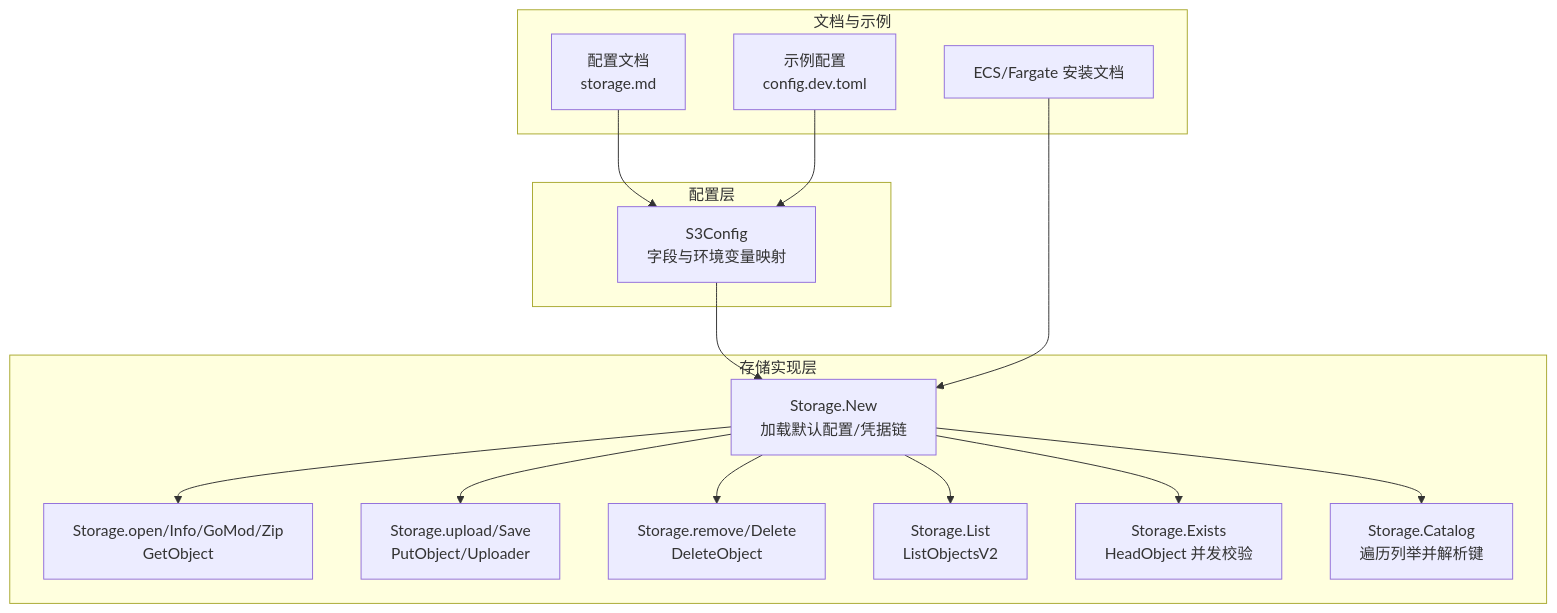
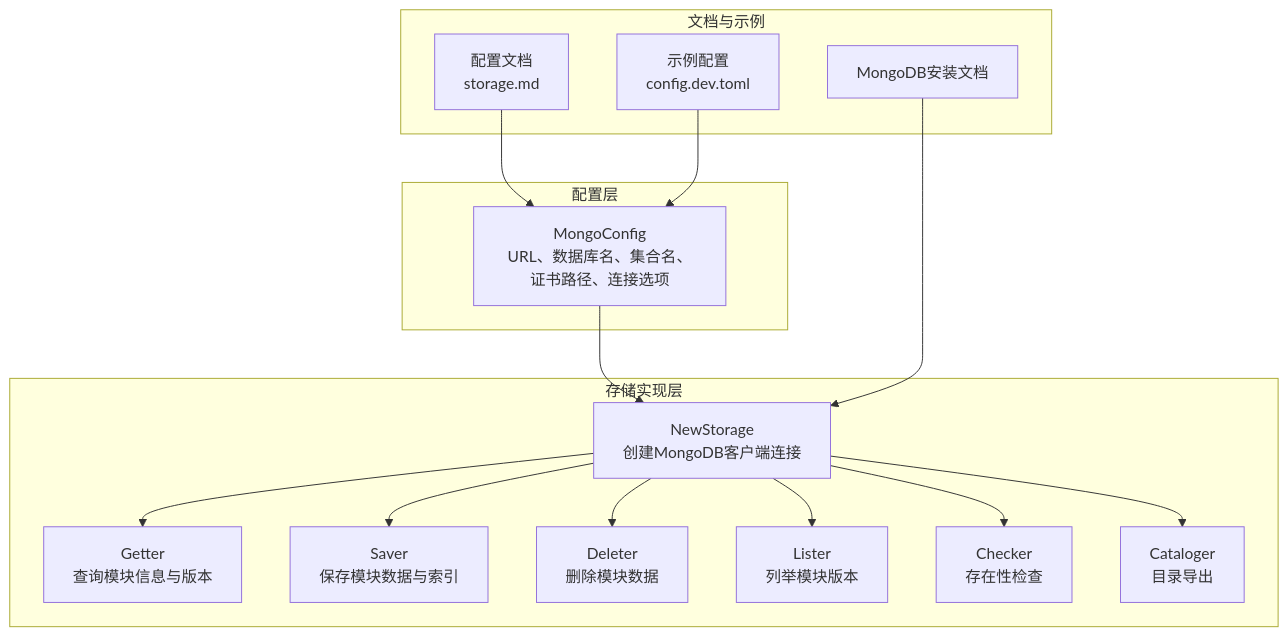
Before and after one commit to leimeng-go/athens: the first of 4 diagrams in .qoder/repowiki/zh/content/配置参考/存储后端配置/云存储配置/S3存储配置.md, drawn with Mermaid. The commit also changed other lines of this file and 14 other files, not shown here.

````diff
--- a/.qoder/repowiki/zh/content/配置参考/存储后端配置/云存储配置/S3存储配置.md
+++ b/.qoder/repowiki/zh/content/配置参考/存储后端配置/云存储配置/S3存储配置.md
@@ -40,30 +46,30 @@
 ```mermaid
 graph TB
 subgraph "配置层"
-C1["S3Config<br/>字段与环境变量映射"]
+C1["MongoConfig<br/>URL、数据库名、集合名、证书路径、连接选项"]
 end
 subgraph "存储实现层"
-S1["Storage.New<br/>加载默认配置/凭据链"]
-S2["Storage.open/Info/GoMod/Zip<br/>GetObject"]
-S3["Storage.upload/Save<br/>PutObject/Uploader"]
-S4["Storage.remove/Delete<br/>DeleteObject"]
-S5["Storage.List<br/>ListObjectsV2"]
-S6["Storage.Exists<br/>HeadObject 并发校验"]
-S7["Storage.Catalog<br/>遍历列举并解析键"]
+S1["NewStorage<br/>创建MongoDB客户端连接"]
+S2["Getter<br/>查询模块信息与版本"]
+S3["Saver<br/>保存模块数据与索引"]
+S4["Deleter<br/>删除模块数据"]
+S5["Lister<br/>列举模块版本"]
+S6["Checker<br/>存在性检查"]
+S7["Cataloger<br/>目录导出"]
 end
 subgraph "文档与示例"
 D1["配置文档<br/>storage.md"]
 E1["示例配置<br/>config.dev.toml"]
-I1["ECS/Fargate 安装文档"]
+I1["MongoDB安装文档"]
 end
 C1 --> S1
 S1 --> S2
 S1 --> S3
 S1 --> S4
 S1 --> S5
 S1 --> S6
 S1 --> S7
 D1 --> C1
 E1 --> C1
 I1 --> S1
 ```
````
